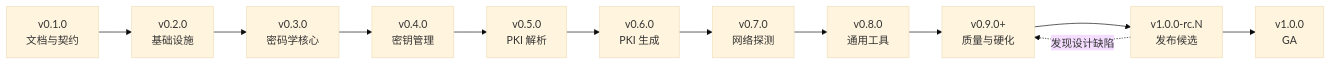
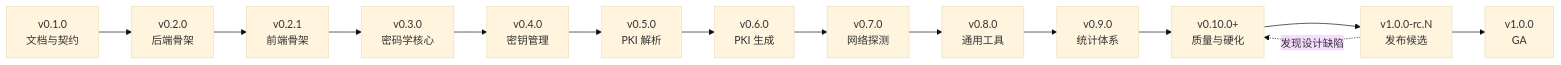
One commit to blue-cloud-net/Toolbit changed the diagram in docs/roadmap.md. Above: the diagram before and after it, drawn with Mermaid (base theme). The commit also changed other lines of this file, not shown here.

First line of the commit message:
docs(roadmap): 重构路线图并标记 v0.2.0 后端骨架完成

````diff
--- a/docs/roadmap.md
+++ b/docs/roadmap.md
@@ -80,14 +82,16 @@
 ```mermaid
 flowchart LR
-  V1["v0.1.0<br/>文档与契约"] --> V2["v0.2.0<br/>基础设施"]
-  V2 --> V3["v0.3.0<br/>密码学核心"]
+  V1["v0.1.0<br/>文档与契约"] --> V2["v0.2.0<br/>后端骨架"]
+  V2 --> V21["v0.2.1<br/>前端骨架"]
+  V21 --> V3["v0.3.0<br/>密码学核心"]
   V3 --> V4["v0.4.0<br/>密钥管理"]
   V4 --> V5["v0.5.0<br/>PKI 解析"]
   V5 --> V6["v0.6.0<br/>PKI 生成"]
   V6 --> V7["v0.7.0<br/>网络探测"]
   V7 --> V8["v0.8.0<br/>通用工具"]
-  V8 --> V9["v0.9.0+<br/>质量与硬化"]
-  V9 --> RC["v1.0.0-rc.N<br/>发布候选"]
+  V8 --> V9["v0.9.0<br/>统计体系"]
+  V9 --> V10["v0.10.0+<br/>质量与硬化"]
+  V10 --> RC["v1.0.0-rc.N<br/>发布候选"]
   RC --> GA["v1.0.0<br/>GA"]
-  RC -.->|发现设计缺陷| V9
+  RC -.->|发现设计缺陷| V10
 ```
````
